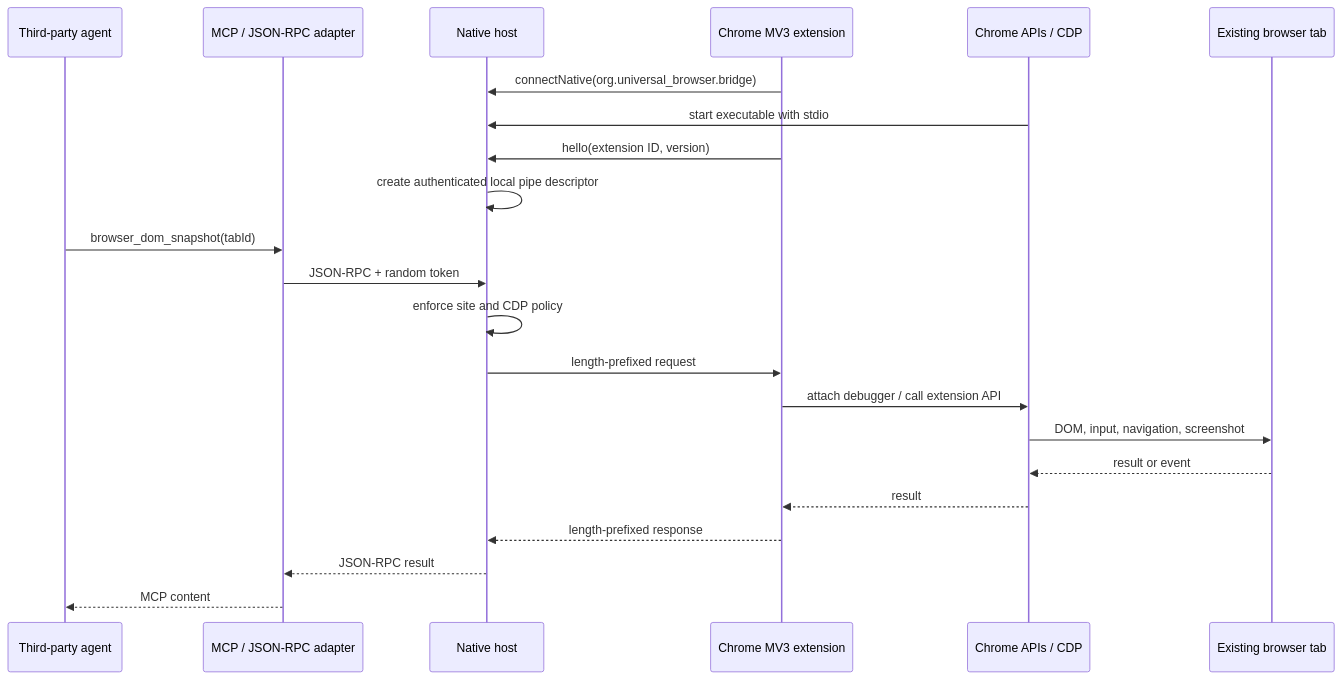
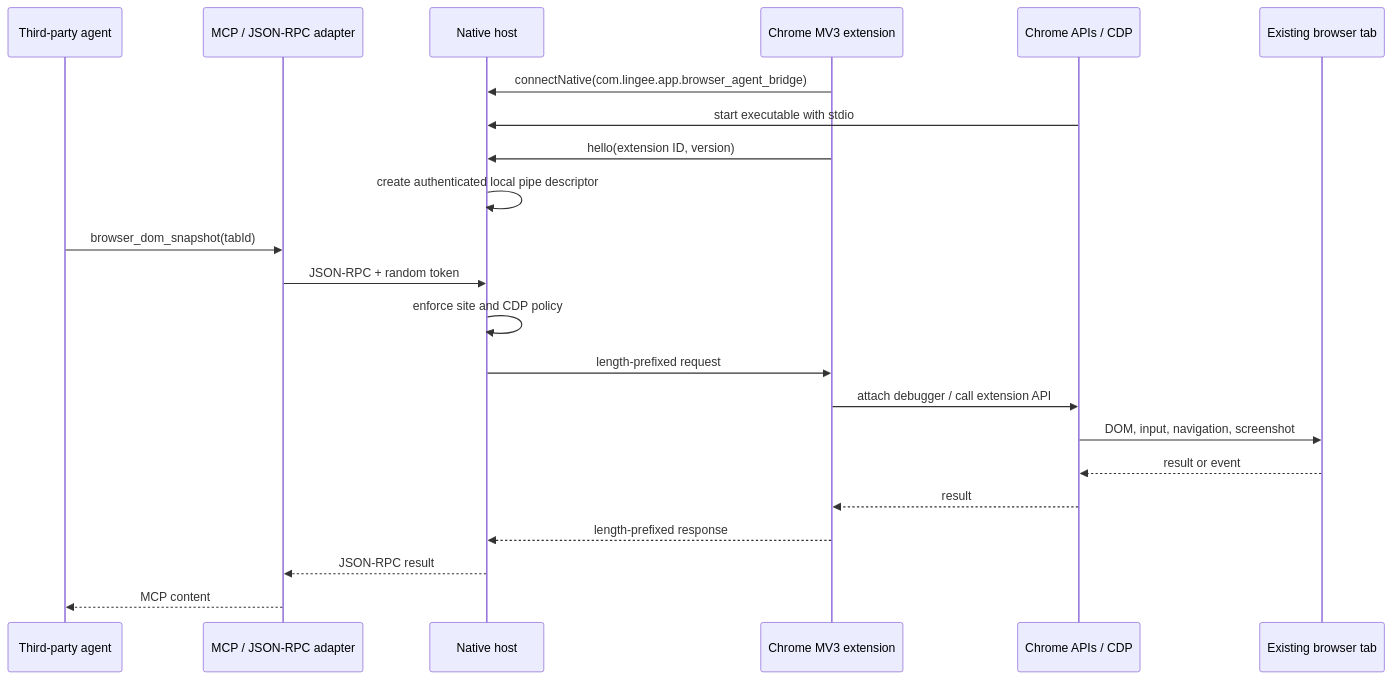
The diagram in docs/ARCHITECTURE.md (zzedbot/lingee-chrome-control), drawn with Mermaid before and after one commit. The commit also changed other lines of this file and 166 other files, not shown here.

Commit message:
feat: complete Lingee Browser 0.2.2 migration and hardening

````diff
--- a/docs/ARCHITECTURE.md
+++ b/docs/ARCHITECTURE.md
@@ -7,25 +7,25 @@
 ```mermaid
 sequenceDiagram
     participant Agent as Third-party agent
     participant MCP as MCP / JSON-RPC adapter
     participant Host as Native host
     participant Extension as Chrome MV3 extension
     participant Chrome as Chrome APIs / CDP
     participant Page as Existing browser tab
 
-    Extension->>Host: connectNative(org.universal_browser.bridge)
+    Extension->>Host: connectNative(com.lingee.app.browser_agent_bridge)
     Chrome->>Host: start executable with stdio
     Extension->>Host: hello(extension ID, version)
     Host->>Host: create authenticated local pipe descriptor
     Agent->>MCP: browser_dom_snapshot(tabId)
     MCP->>Host: JSON-RPC + random token
     Host->>Host: enforce site and CDP policy
     Host->>Extension: length-prefixed request
     Extension->>Chrome: attach debugger / call extension API
     Chrome->>Page: DOM, input, navigation, screenshot
     Page-->>Chrome: result or event
     Chrome-->>Extension: result
     Extension-->>Host: length-prefixed response
     Host-->>MCP: JSON-RPC result
     MCP-->>Agent: MCP content
 ```
````
